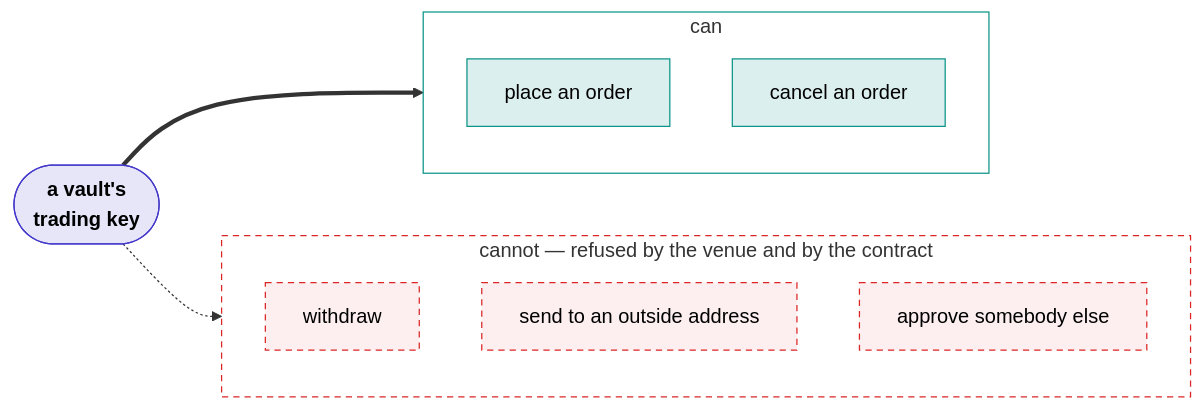
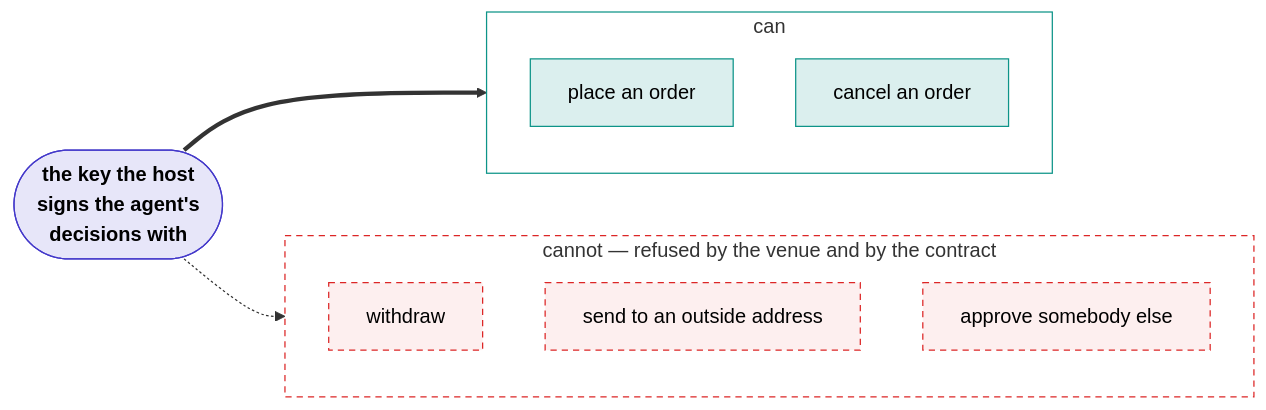
Before and after one commit to ShoninFi/shonin-platform: the diagram in docs/content/index.md, drawn with Mermaid. The commit also changed other lines of this file and 6 other files, not shown here.

````diff
--- a/docs/content/index.md
+++ b/docs/content/index.md
@@ -21,29 +62,29 @@
 ```mermaid
 flowchart LR
-    K(["a vault's<br/>trading key"])
+    K(["the key the host<br/>signs the agent's<br/>decisions with"])
 
     subgraph CAN["can"]
         direction TB
         T["place an order"]
         C["cancel an order"]
     end
 
     subgraph CANNOT["cannot — refused by the venue and by the contract"]
         direction TB
         W["withdraw"]
         X["send to an outside address"]
         A["approve somebody else"]
     end
 
     K ==> CAN
     K -.-> CANNOT
 
     classDef key fill:#4338ca20,stroke:#4338ca,color:inherit,font-weight:bold
     classDef yes fill:#0d948825,stroke:#0d9488,color:inherit
     classDef no fill:#dc262612,stroke:#dc2626,color:inherit,stroke-dasharray:5 4
     class K key
     class T,C yes
     class W,X,A no
     style CAN fill:none,stroke:#0d9488,stroke-width:1px
     style CANNOT fill:none,stroke:#dc2626,stroke-width:1px,stroke-dasharray:5 4
 ```
````
